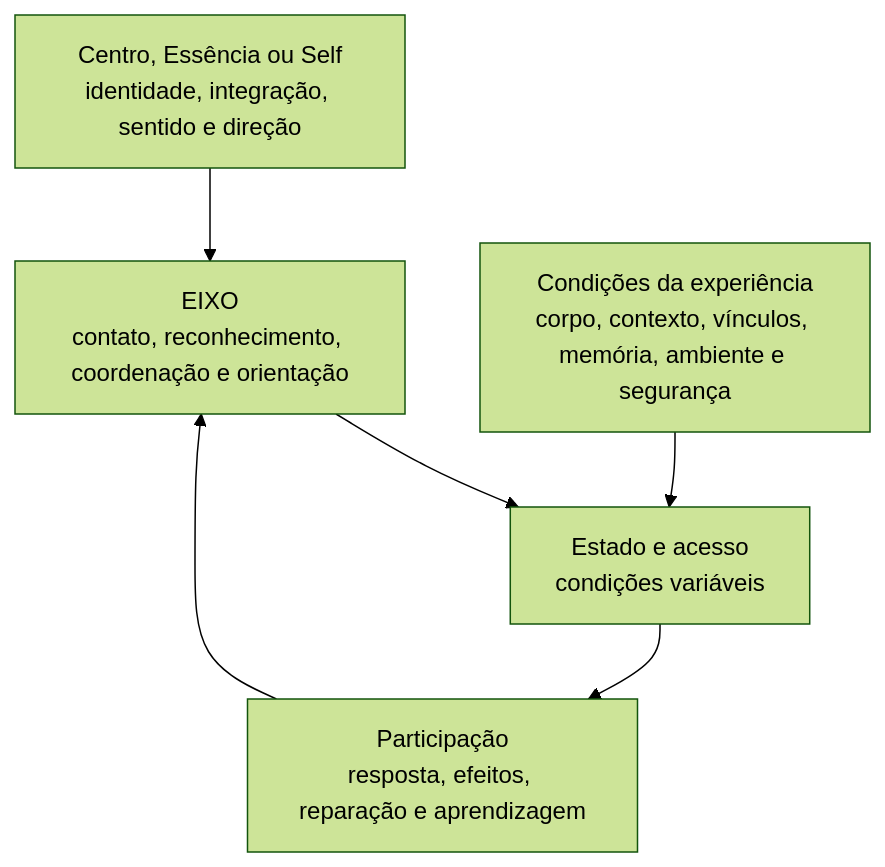
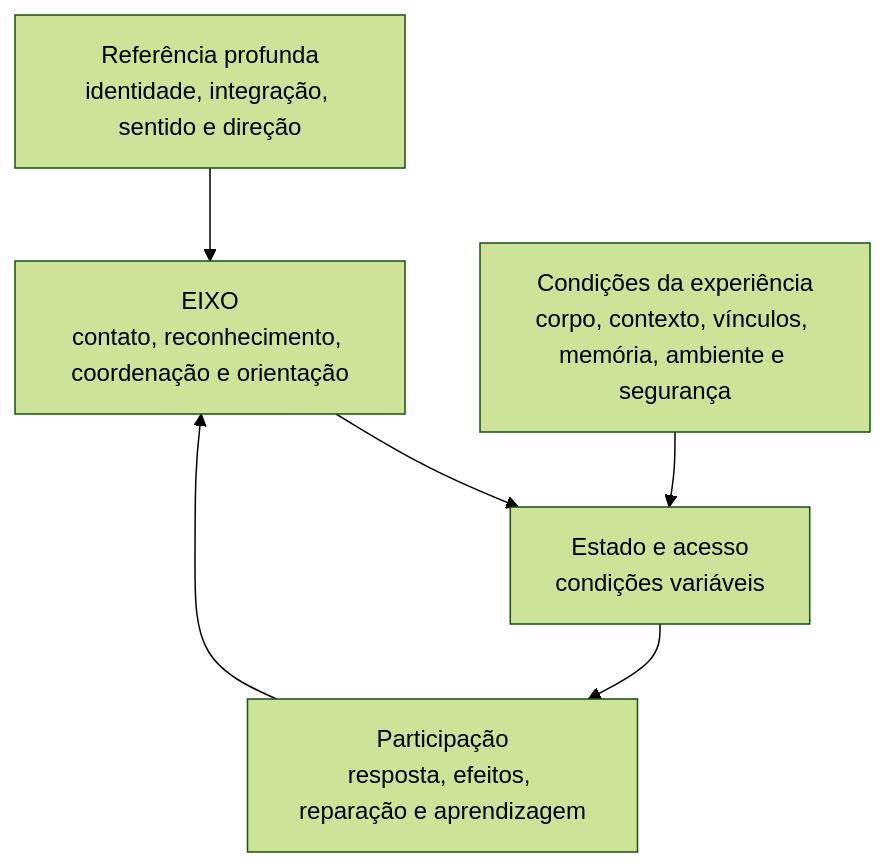
Before and after one commit to fabianodeliberalli/base-cognitiva-vault: the diagram in 70 - Produções/Cursos/Curso - Nome Provisório/60 - Arquitetura Pedagógica/10 - Mapas Transversais/01 - Mapa Mestre - Referência, EIXO e Estado.md, drawn with Mermaid (forest theme). The commit also changed other lines of this file and 21 other files, not shown here.

````diff
--- a/70 - Produções/Cursos/Curso - Nome Provisório/60 - Arquitetura Pedagógica/10 - Mapas Transversais/01 - Mapa Mestre - Referência, EIXO e Estado.md
+++ b/70 - Produções/Cursos/Curso - Nome Provisório/60 - Arquitetura Pedagógica/10 - Mapas Transversais/01 - Mapa Mestre - Referência, EIXO e Estado.md
@@ -23,14 +23,14 @@
 ```mermaid
 flowchart TD
-    A["Centro, Essência ou Self<br/>identidade, integração, sentido e direção"]
+    A["Referência profunda<br/>identidade, integração, sentido e direção"]
     B["EIXO<br/>contato, reconhecimento, coordenação e orientação"]
     C["Condições da experiência<br/>corpo, contexto, vínculos, memória, ambiente e segurança"]
     D["Estado e acesso<br/>condições variáveis"]
     E["Participação<br/>resposta, efeitos, reparação e aprendizagem"]
 
     A --> B
     B --> D
     C --> D
     D --> E
     E --> B
 ```
````
